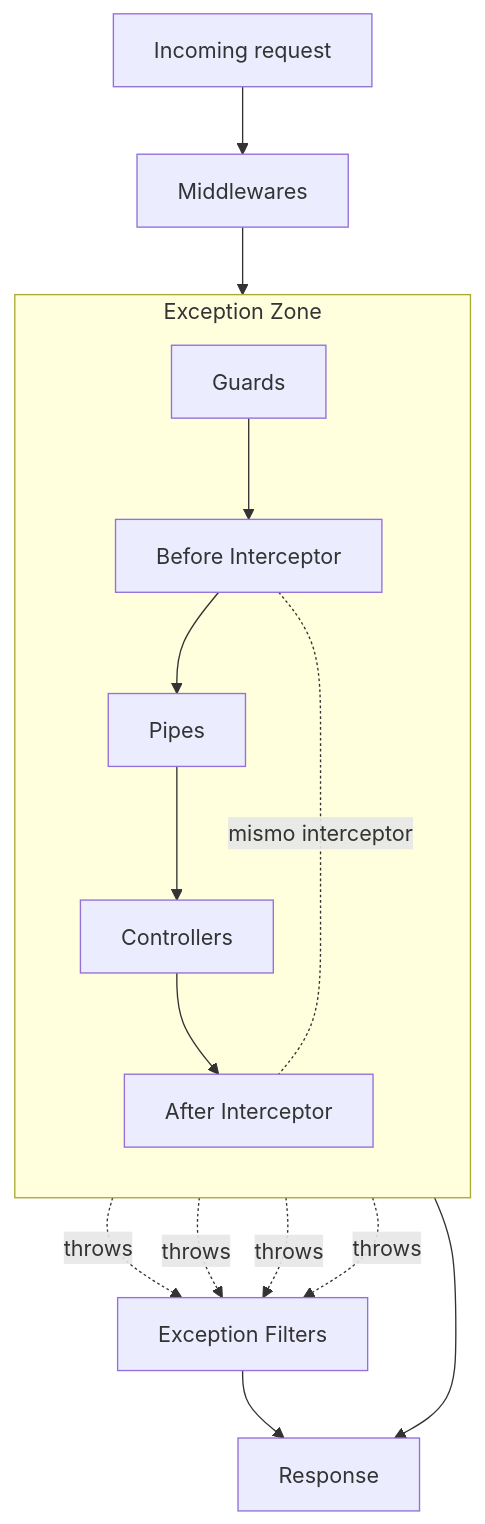
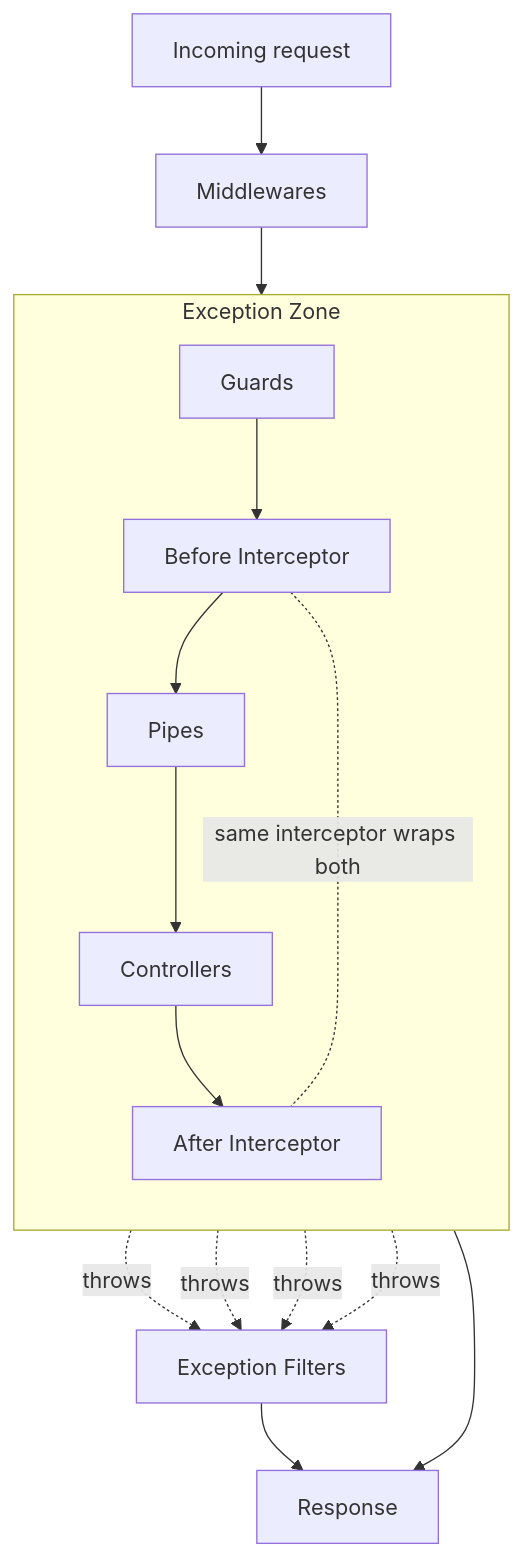
The diagram in content/nestjs/fundamentals/request-lifecycle.md (LOsioChico/knowledge-base), drawn with Mermaid before and after one commit. The commit also changed other lines of this file, not shown here.

Commit message:
docs: translate label, clarify multi-interceptor stacking

````diff
--- a/content/nestjs/fundamentals/request-lifecycle.md
+++ b/content/nestjs/fundamentals/request-lifecycle.md
@@ -22,19 +22,19 @@
 ```mermaid
 flowchart TD
     A[Incoming request] --> M[Middlewares]
     M --> EZ
     subgraph EZ [Exception Zone]
         direction TB
         G[Guards] --> BI[Before Interceptor]
         BI --> P[Pipes]
         P --> C[Controllers]
         C --> AI[After Interceptor]
     end
-    BI -. mismo interceptor .- AI
+    BI -. same interceptor wraps both .- AI
     AI --> R[Response]
     G -.throws.-> EF[Exception Filters]
     BI -.throws.-> EF
     P -.throws.-> EF
     C -.throws.-> EF
     EF --> R
 ```
````
